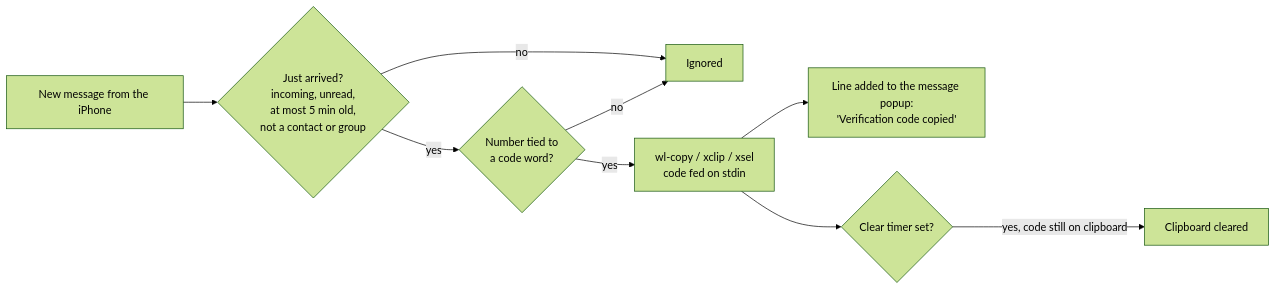
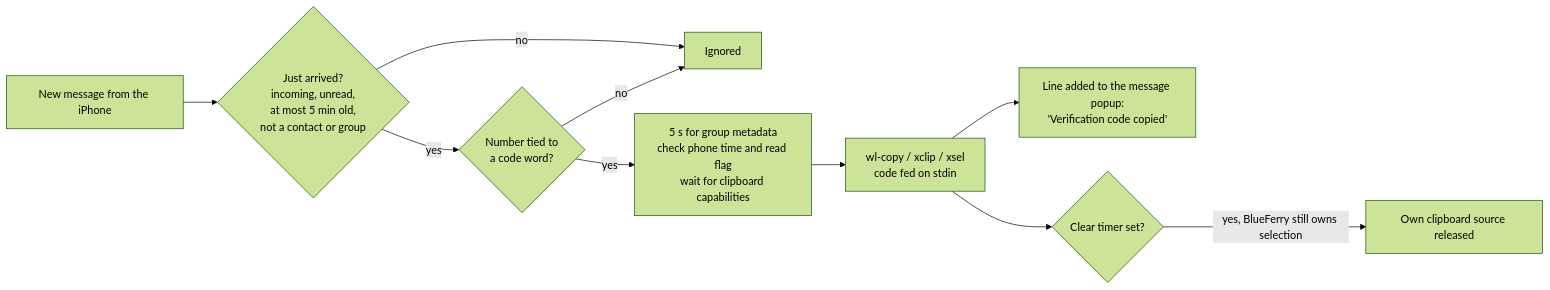
The diagram in docs/en/user/otp-autocopy.md (erikwb/blueferry), drawn with Mermaid (forest theme) before and after one commit. The commit also changed other lines of this file and 20 other files, not shown here.

````diff
--- a/docs/en/user/otp-autocopy.md
+++ b/docs/en/user/otp-autocopy.md
@@ -13,11 +13,12 @@
 ```mermaid
 flowchart LR
     A[New message from the iPhone] --> B{Just arrived?<br/>incoming, unread,<br/>at most 5 min old,<br/>not a contact or group}
     B -- no --> X[Ignored]
     B -- yes --> C{Number tied to<br/>a code word?}
     C -- no --> X
-    C -- yes --> D[wl-copy / xclip / xsel<br/>code fed on stdin]
+    C -- yes --> M[5 s for group metadata<br/>check phone time and read flag<br/>wait for clipboard capabilities]
+    M --> D[wl-copy / xclip / xsel<br/>code fed on stdin]
     D --> E[Line added to the message popup:<br/>'Verification code copied']
     D --> F{Clear timer set?}
-    F -- yes, code still on clipboard --> G[Clipboard cleared]
+    F -- yes, BlueFerry still owns selection --> G[Own clipboard source released]
 ```
````
